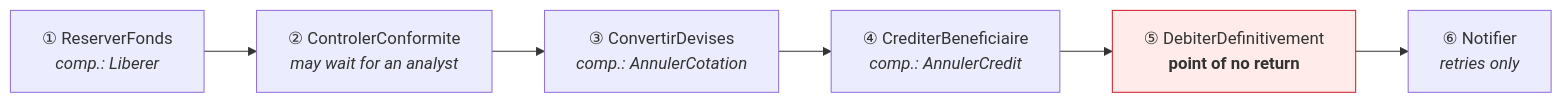
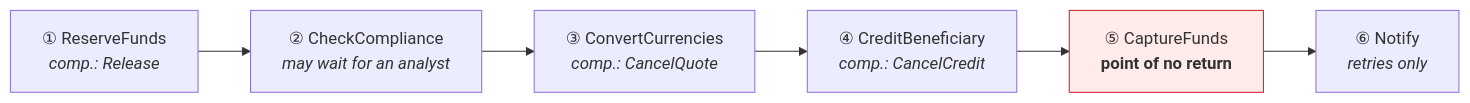
One commit to drangoht/ArchitecturesDemo changed the second of 4 diagrams in Docs/en/14-saga-orchestree.md. Above: the diagram before and after it, drawn with Mermaid. The commit also changed other lines of this file and 78 other files, not shown here.

First line of the commit message:
Docs EN : identifiants, liens, diagrammes et sorties alignés sur le code anglais

````diff
--- a/Docs/en/14-saga-orchestree.md
+++ b/Docs/en/14-saga-orchestree.md
@@ -55,11 +55,11 @@
 ```mermaid
 flowchart LR
-    R["① ReserverFonds<br/><i>comp.: Liberer</i>"] --> K["② ControlerConformite<br/><i>may wait for an analyst</i>"]
-    K --> X["③ ConvertirDevises<br/><i>comp.: AnnulerCotation</i>"]
-    X --> C["④ CrediterBeneficiaire<br/><i>comp.: AnnulerCredit</i>"]
-    C --> D["⑤ DebiterDefinitivement<br/><b>point of no return</b>"]
-    D --> N["⑥ Notifier<br/><i>retries only</i>"]
+    R["① ReserveFunds<br/><i>comp.: Release</i>"] --> K["② CheckCompliance<br/><i>may wait for an analyst</i>"]
+    K --> X["③ ConvertCurrencies<br/><i>comp.: CancelQuote</i>"]
+    X --> C["④ CreditBeneficiary<br/><i>comp.: CancelCredit</i>"]
+    C --> D["⑤ CaptureFunds<br/><b>point of no return</b>"]
+    D --> N["⑥ Notify<br/><i>retries only</i>"]
 
     classDef pivot fill:#ffebe9,stroke:#cf222e
     class D pivot
 ```
````
